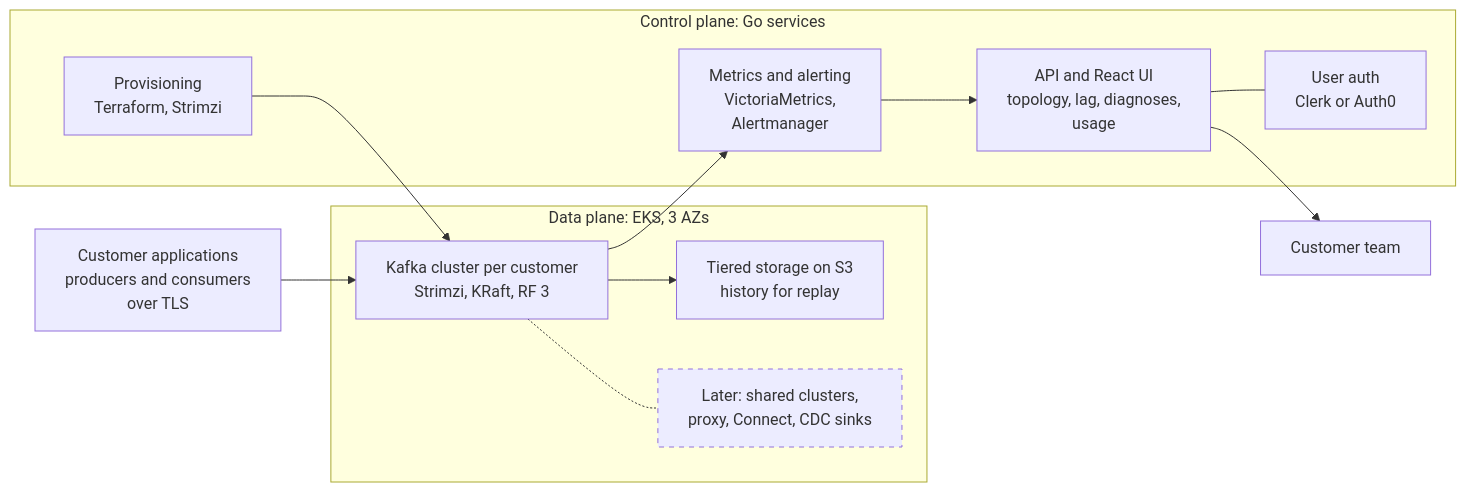
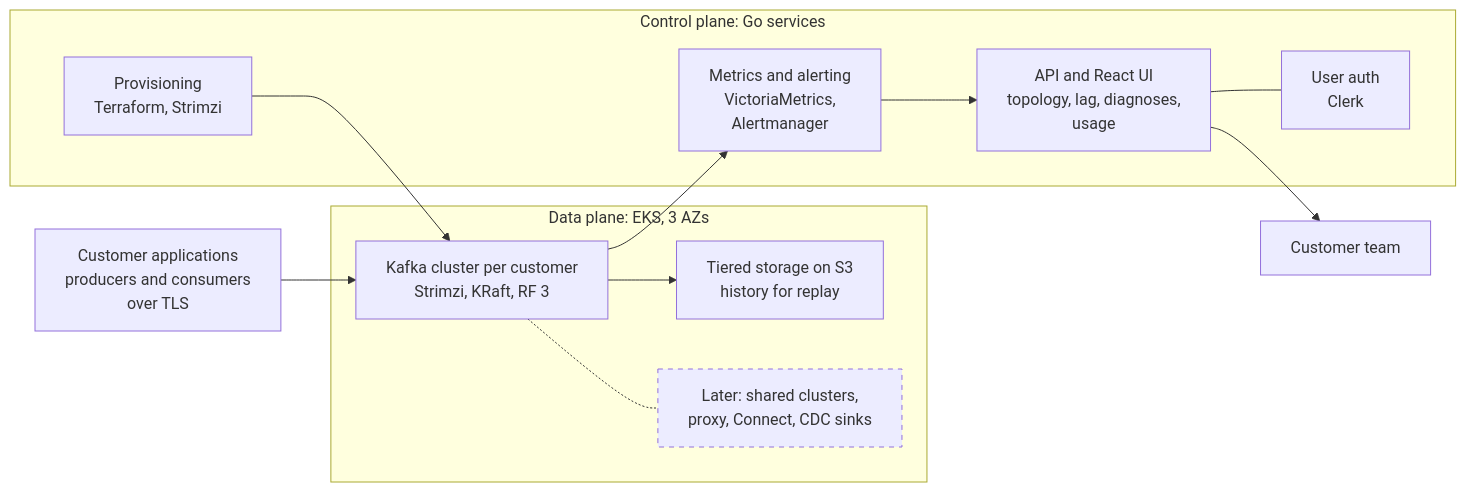
Before and after one commit to ReneP92/changeport: the first of 2 diagrams in docs/PROJECT_PLAN.md, drawn with Mermaid. The commit also changed other lines of this file and 2 other files, not shown here.

````diff
--- a/docs/PROJECT_PLAN.md
+++ b/docs/PROJECT_PLAN.md
@@ -37,30 +37,30 @@
 ```mermaid
 flowchart LR
   apps["Customer applications<br/>producers and consumers<br/>over TLS"]
 
   subgraph DP["Data plane: EKS, 3 AZs"]
     kafka["Kafka cluster per customer<br/>Strimzi, KRaft, RF 3"]
     s3["Tiered storage on S3<br/>history for replay"]
     future["Later: shared clusters,<br/>proxy, Connect, CDC sinks"]
   end
 
   subgraph CP["Control plane: Go services"]
     prov["Provisioning<br/>Terraform, Strimzi"]
     metrics["Metrics and alerting<br/>VictoriaMetrics,<br/>Alertmanager"]
     api["API and React UI<br/>topology, lag, diagnoses,<br/>usage"]
-    auth["User auth<br/>Clerk or Auth0"]
+    auth["User auth<br/>Clerk"]
   end
 
   team["Customer team"]
 
   apps --> kafka
   kafka --> s3
   kafka -.- future
   kafka --> metrics
   prov --> kafka
   metrics --> api
   api --- auth
   api --> team
 
   style future stroke-dasharray: 5 5
 ```
````
